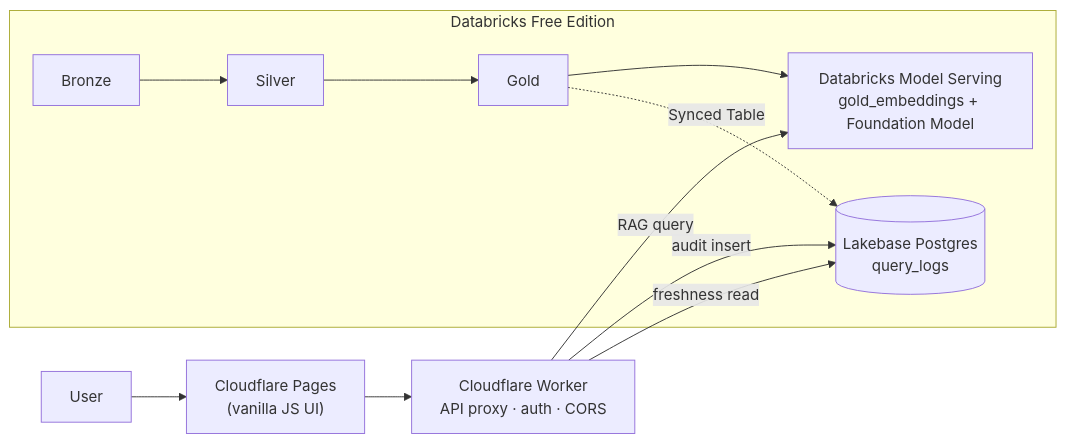
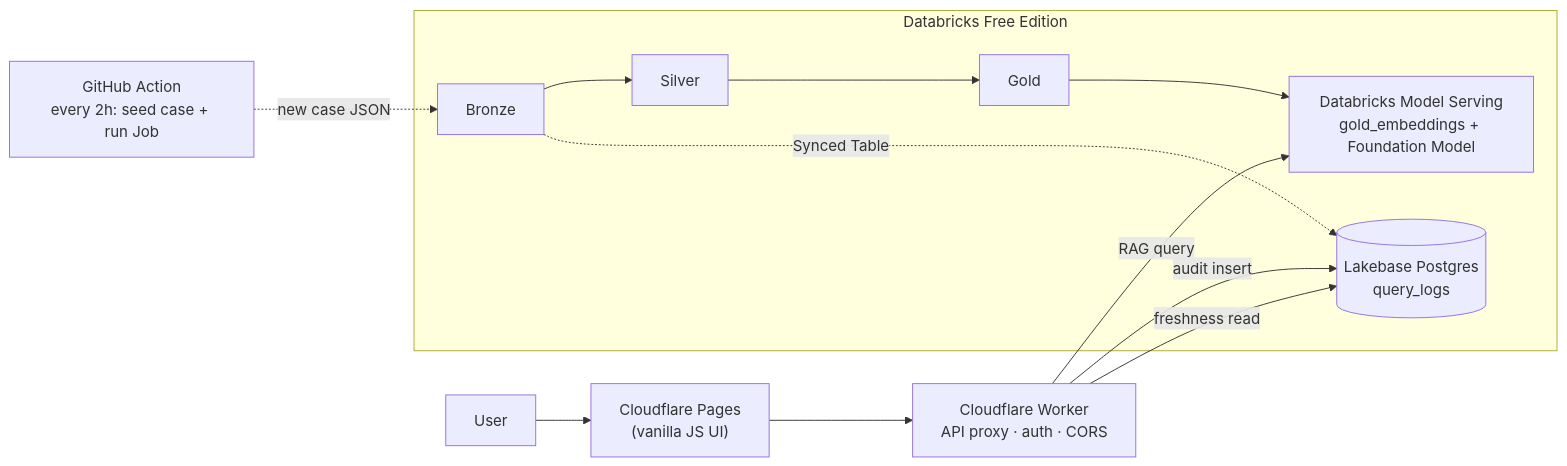
Before and after one commit to garmenty485/justice-compass-canada: the diagram in README.md, drawn with Mermaid. The commit also changed other lines of this file and 2 other files, not shown here.

Commit message:
Clean up vestigial dev-branch refs; fix architecture diagram's Synced Table source
- ci.yml / ai-pr-review.yml: drop dead `dev` branch from trigger conditions
  (this repo only has `main`; the condition never matched anything)
- README architecture diagram: Synced Tables replicate from Bronze
  (cases_metadata is built straight off bronze_cases), not Gold — the
  diagram incorrectly showed the edge coming from Gold
- README architecture diagram: add the optional every-2h GitHub Action
  seed flow into Bronze, reflecting the full automation described in Step 8

````diff
--- a/README.md
+++ b/README.md
@@ -28,14 +28,16 @@
 ```mermaid
 flowchart LR
     U[User] --> P["Cloudflare Pages<br/>(vanilla JS UI)"]
     P --> W["Cloudflare Worker<br/>API proxy · auth · CORS"]
     W -->|RAG query| S["Databricks Model Serving<br/>gold_embeddings + Foundation Model"]
     W -->|audit insert| LB[("Lakebase Postgres<br/>query_logs")]
     W -->|freshness read| LB
 
+    GHA["GitHub Action<br/>every 2h: seed case + run Job"] -.->|new case JSON| B
+
     subgraph DBX["Databricks Free Edition"]
         B[Bronze] --> SIL[Silver] --> G[Gold]
         G --> S
-        G -. Synced Table .-> LB
+        B -. Synced Table .-> LB
     end
 ```
````
